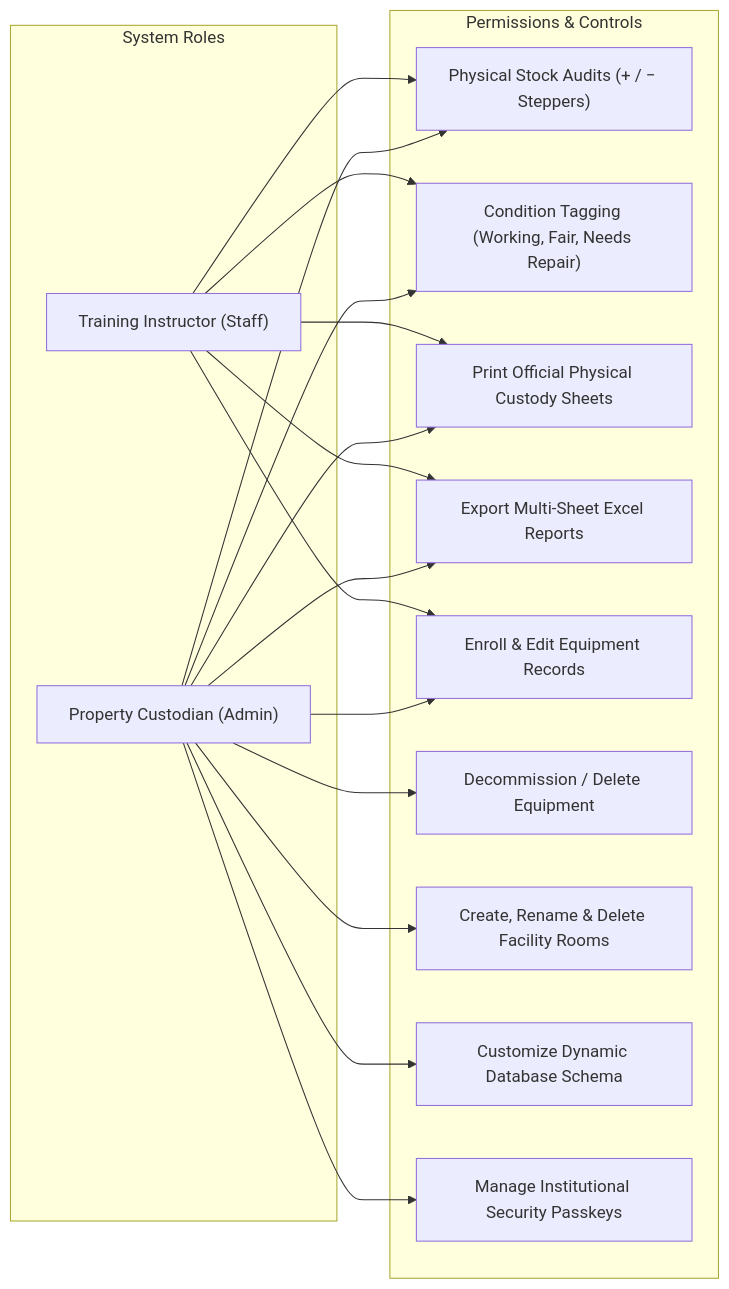
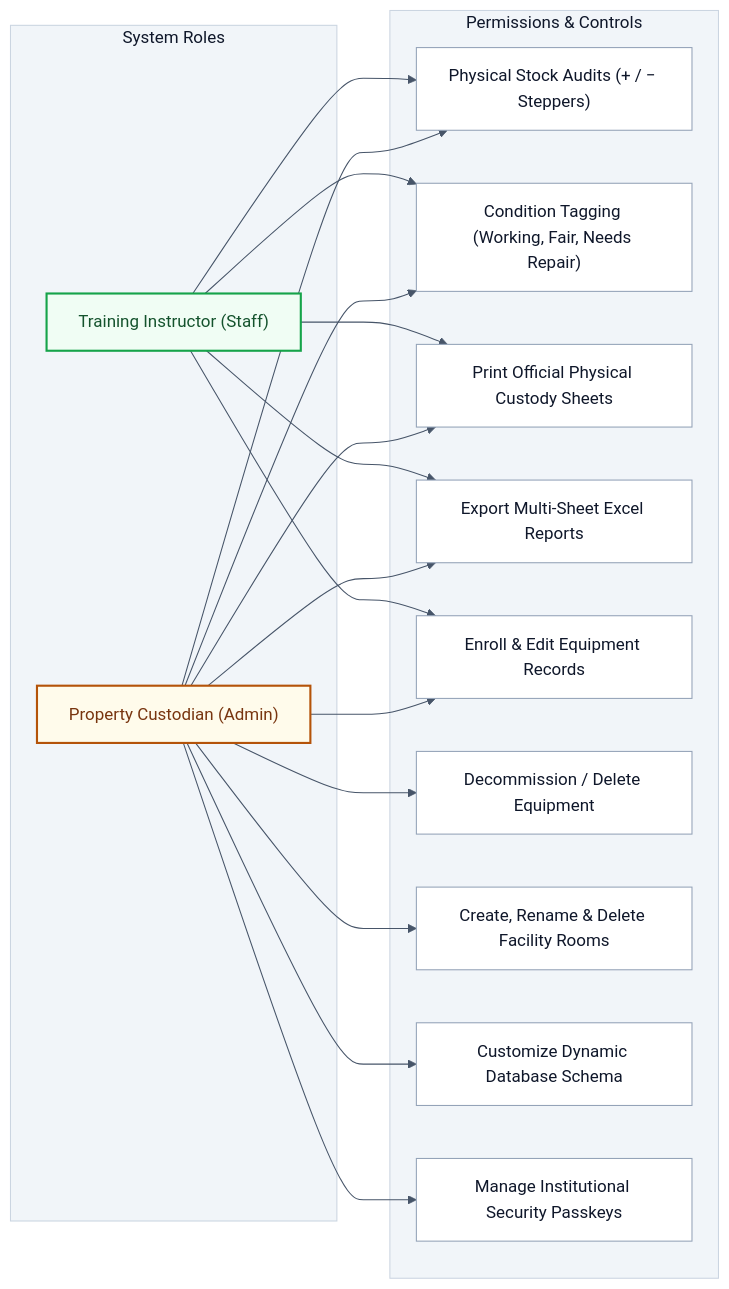
One commit to kai-zze/KM100-Stock changed the fourth of 4 diagrams in docs/APP_FLOWCHART.md. Above: the diagram before and after it, drawn with Mermaid. The commit also changed other lines of this file, not shown here.

Commit message:
docs: style flowcharts with explicit high-contrast light mode theme

````diff
--- a/docs/APP_FLOWCHART.md
+++ b/docs/APP_FLOWCHART.md
@@ -145,35 +168,43 @@
 ```mermaid
+%%{init: {'theme': 'base', 'themeVariables': { 'darkMode': false, 'background': '#ffffff', 'primaryColor': '#ffffff', 'primaryBorderColor': '#94a3b8', 'primaryTextColor': '#0f172a', 'lineColor': '#475569', 'secondaryColor': '#f8fafc', 'secondaryBorderColor': '#cbd5e1', 'secondaryTextColor': '#0f172a', 'tertiaryColor': '#f1f5f9', 'tertiaryBorderColor': '#cbd5e1', 'tertiaryTextColor': '#0f172a' }}}%%
 flowchart LR
     subgraph Roles["System Roles"]
         Admin["Property Custodian (Admin)"]
         Staff["Training Instructor (Staff)"]
     end
 
     subgraph Capabilities["Permissions & Controls"]
         P1["Physical Stock Audits (+ / − Steppers)"]
         P2["Condition Tagging (Working, Fair, Needs Repair)"]
         P3["Print Official Physical Custody Sheets"]
         P4["Export Multi-Sheet Excel Reports"]
         P5["Enroll & Edit Equipment Records"]
         P6["Decommission / Delete Equipment"]
         P7["Create, Rename & Delete Facility Rooms"]
         P8["Customize Dynamic Database Schema"]
         P9["Manage Institutional Security Passkeys"]
     end
 
     Staff --> P1
     Staff --> P2
     Staff --> P3
     Staff --> P4
     Staff --> P5
 
     Admin --> P1
     Admin --> P2
     Admin --> P3
     Admin --> P4
     Admin --> P5
     Admin --> P6
     Admin --> P7
     Admin --> P8
     Admin --> P9
+
+    classDef default fill:#ffffff,stroke:#94a3b8,stroke-width:1px,color:#0f172a;
+    classDef admin fill:#fffbeb,stroke:#b45309,stroke-width:2px,color:#78350f;
+    classDef staff fill:#f0fdf4,stroke:#16a34a,stroke-width:2px,color:#14532d;
+
+    class Admin admin;
+    class Staff staff;
 ```
````
